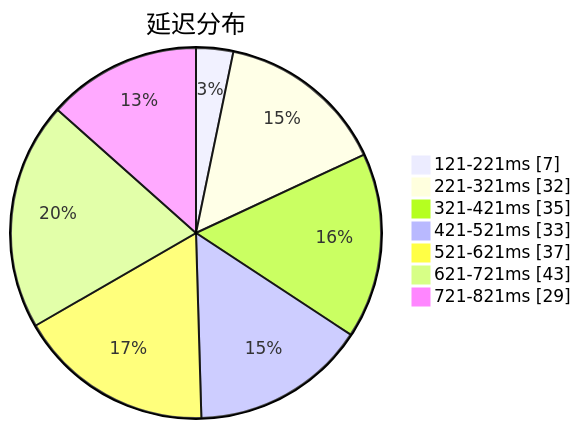
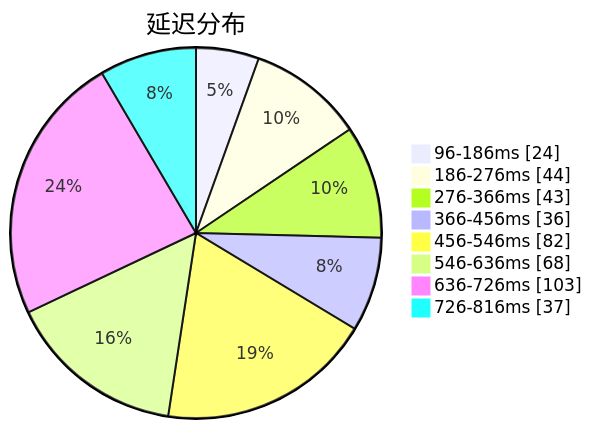
The first of 3 diagrams in subs/statistics/tested_within.md (sinspired/airport), drawn with Mermaid before and after one commit. The commit also changed other lines of this file and 2 other files, not shown here.

````diff
--- a/subs/statistics/tested_within.md
+++ b/subs/statistics/tested_within.md
@@ -2,11 +2,12 @@
 ```mermaid
 pie showData
 title 延迟分布
-"121-221ms" : 7
-"221-321ms" : 32
-"321-421ms" : 35
-"421-521ms" : 33
-"521-621ms" : 37
-"621-721ms" : 43
-"721-821ms" : 29
+"96-186ms" : 24
+"186-276ms" : 44
+"276-366ms" : 43
+"366-456ms" : 36
+"456-546ms" : 82
+"546-636ms" : 68
+"636-726ms" : 103
+"726-816ms" : 37
 ```
````
